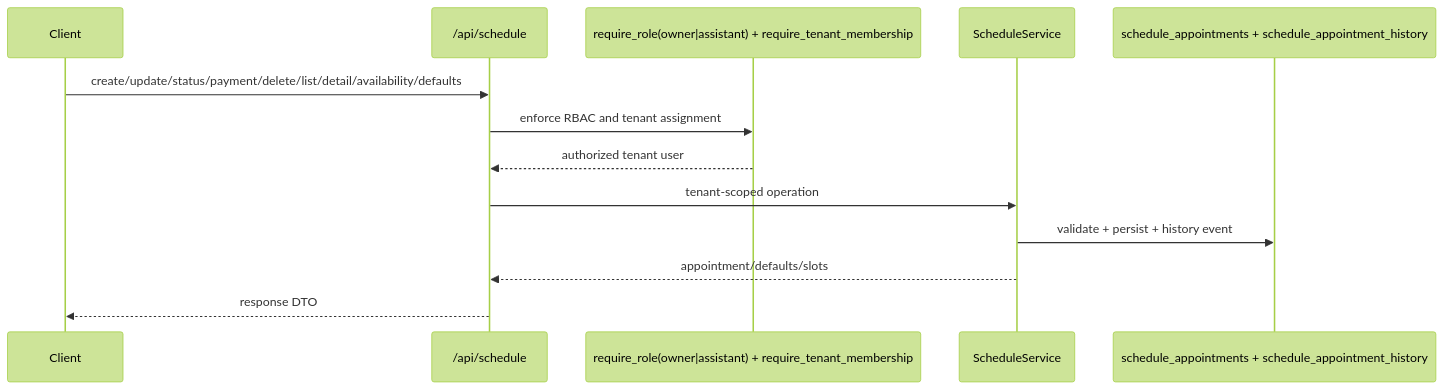
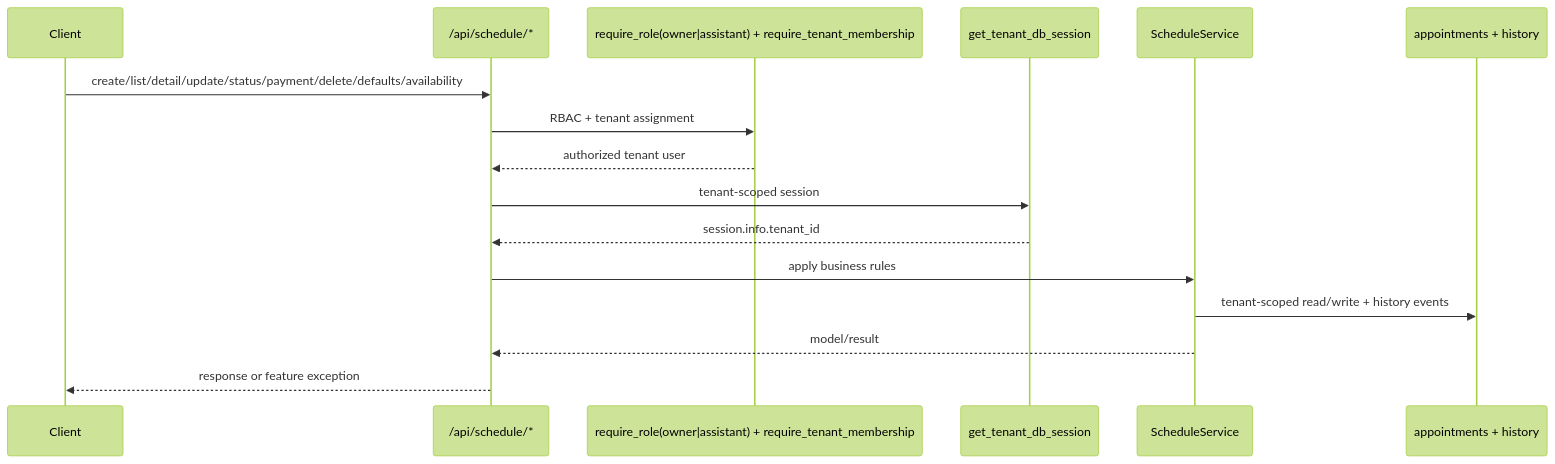
One commit to adriangpo/mindflow-api changed the first of 3 diagrams in docs/features/schedule.md. Above: the diagram before and after it, drawn with Mermaid (forest theme). The commit also changed other lines of this file and 5 other files, not shown here.

````diff
--- a/docs/features/schedule.md
+++ b/docs/features/schedule.md
@@ -7,16 +28,19 @@
 ```mermaid
 sequenceDiagram
     participant Client
-    participant Router as /api/schedule
+    participant Router as /api/schedule/*
     participant Guard as require_role(owner|assistant) + require_tenant_membership
+    participant TenantDB as get_tenant_db_session
     participant Service as ScheduleService
-    participant DB as schedule_appointments + schedule_appointment_history
+    participant DB as appointments + history
 
-    Client->>Router: create/update/status/payment/delete/list/detail/availability/defaults
-    Router->>Guard: enforce RBAC and tenant assignment
+    Client->>Router: create/list/detail/update/status/payment/delete/defaults/availability
+    Router->>Guard: RBAC + tenant assignment
     Guard-->>Router: authorized tenant user
-    Router->>Service: tenant-scoped operation
-    Service->>DB: validate + persist + history event
-    Service-->>Router: appointment/defaults/slots
-    Router-->>Client: response DTO
+    Router->>TenantDB: tenant-scoped session
+    TenantDB-->>Router: session.info.tenant_id
+    Router->>Service: apply business rules
+    Service->>DB: tenant-scoped read/write + history events
+    Service-->>Router: model/result
+    Router-->>Client: response or feature exception
 ```
````
